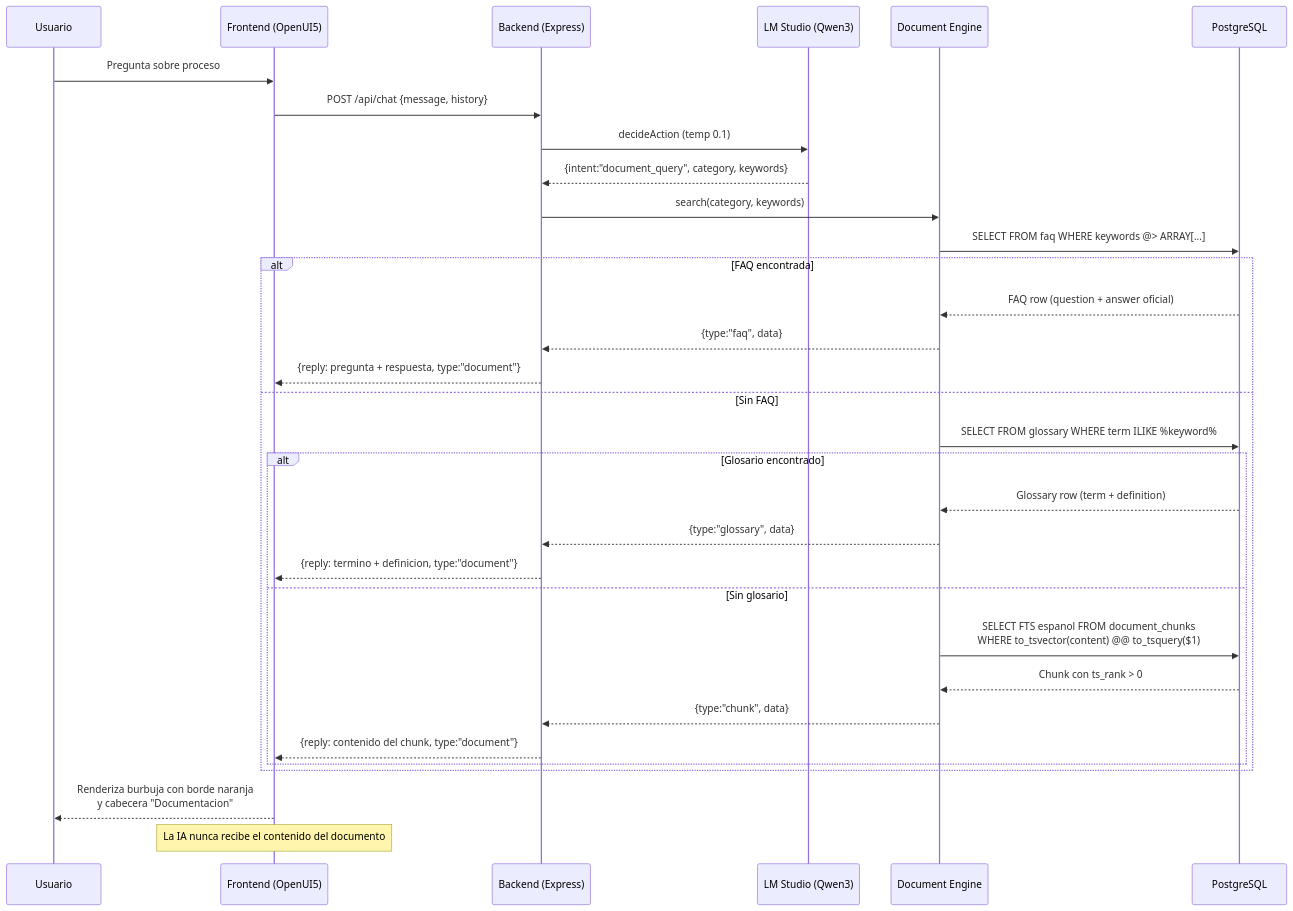
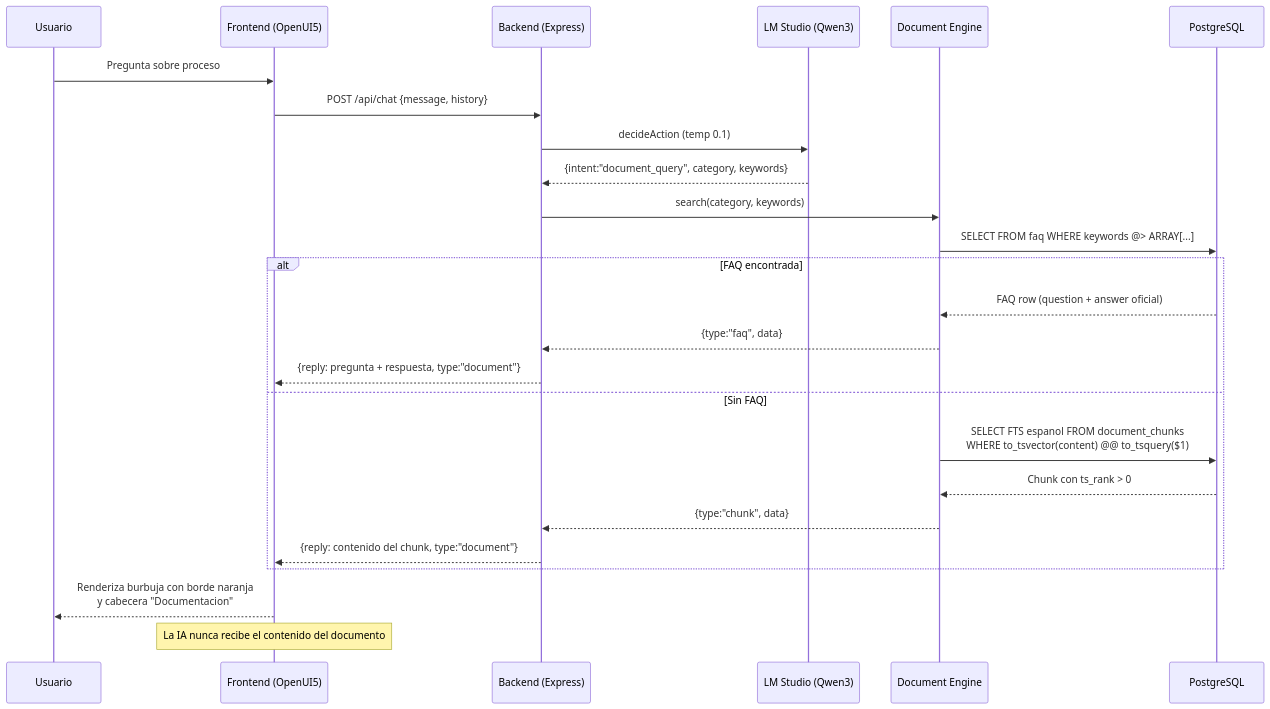
The diagram in docs/diagrams/sequences/document-rag.md (horangelmillan/chatbot-ia-local), drawn with Mermaid before and after one commit. The commit also changed 33 other files, not shown here.

````diff
--- a/docs/diagrams/sequences/document-rag.md
+++ b/docs/diagrams/sequences/document-rag.md
@@ -7,35 +7,28 @@
 ```mermaid
 sequenceDiagram
     participant U as Usuario
     participant FE as Frontend (OpenUI5)
     participant BE as Backend (Express)
     participant LLM as LM Studio (Qwen3)
     participant DE as Document Engine
     participant PG as PostgreSQL
 
     U->>FE: Pregunta sobre proceso
     FE->>BE: POST /api/chat {message, history}
     BE->>LLM: decideAction (temp 0.1)
     LLM-->>BE: {intent:"document_query", category, keywords}
     BE->>DE: search(category, keywords)
     DE->>PG: SELECT FROM faq WHERE keywords @> ARRAY[...]
     alt FAQ encontrada
         PG-->>DE: FAQ row (question + answer oficial)
         DE-->>BE: {type:"faq", data}
         BE-->>FE: {reply: pregunta + respuesta, type:"document"}
     else Sin FAQ
-        DE->>PG: SELECT FROM glossary WHERE term ILIKE %keyword%
-        alt Glosario encontrado
-            PG-->>DE: Glossary row (term + definition)
-            DE-->>BE: {type:"glossary", data}
-            BE-->>FE: {reply: termino + definicion, type:"document"}
-        else Sin glosario
-            DE->>PG: SELECT FTS espanol FROM document_chunks<br/>WHERE to_tsvector(content) @@ to_tsquery($1)
-            PG-->>DE: Chunk con ts_rank > 0
-            DE-->>BE: {type:"chunk", data}
-            BE-->>FE: {reply: contenido del chunk, type:"document"}
-        end
+        DE->>PG: SELECT FTS espanol FROM document_chunks<br/>WHERE to_tsvector(content) @@ to_tsquery($1)
+        PG-->>DE: Chunk con ts_rank > 0
+        DE-->>BE: {type:"chunk", data}
+        BE-->>FE: {reply: contenido del chunk, type:"document"}
     end
     FE-->>U: Renderiza burbuja con borde naranja<br/>y cabecera "Documentacion"
     Note over FE: La IA nunca recibe el contenido del documento
 ```
````
